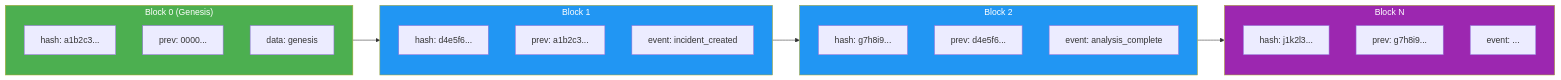
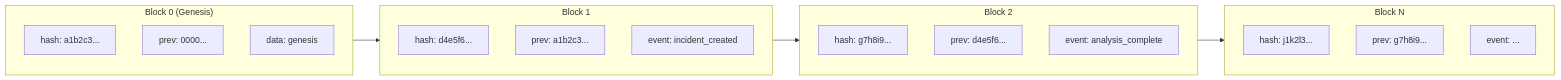
One commit to Gokul-social/Horizon_Beach_Hacks changed the tenth of 15 diagrams in README.md. Above: the diagram before and after it, drawn with Mermaid. The commit also changed other lines of this file, not shown here.

````diff
--- a/README.md
+++ b/README.md
@@ -419,33 +411,28 @@
 ```mermaid
 graph LR
     subgraph Genesis["Block 0 (Genesis)"]
         G_H["hash: a1b2c3..."]
         G_P["prev: 0000..."]
         G_D["data: genesis"]
     end
 
     subgraph Block1["Block 1"]
         B1_H["hash: d4e5f6..."]
         B1_P["prev: a1b2c3..."]
         B1_D["event: incident_created"]
     end
 
     subgraph Block2["Block 2"]
         B2_H["hash: g7h8i9..."]
         B2_P["prev: d4e5f6..."]
         B2_D["event: analysis_complete"]
     end
 
     subgraph Block3["Block N"]
         B3_H["hash: j1k2l3..."]
         B3_P["prev: g7h8i9..."]
         B3_D["event: ..."]
     end
 
     Genesis --> Block1 --> Block2 --> Block3
-
-    style Genesis fill:#4caf50,color:#fff
-    style Block1 fill:#2196f3,color:#fff
-    style Block2 fill:#2196f3,color:#fff
-    style Block3 fill:#9c27b0,color:#fff
 ```
````
